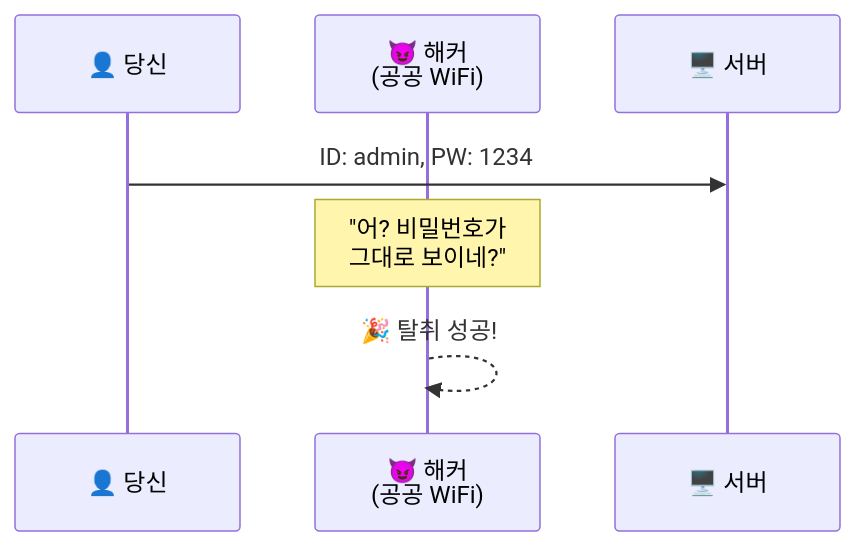
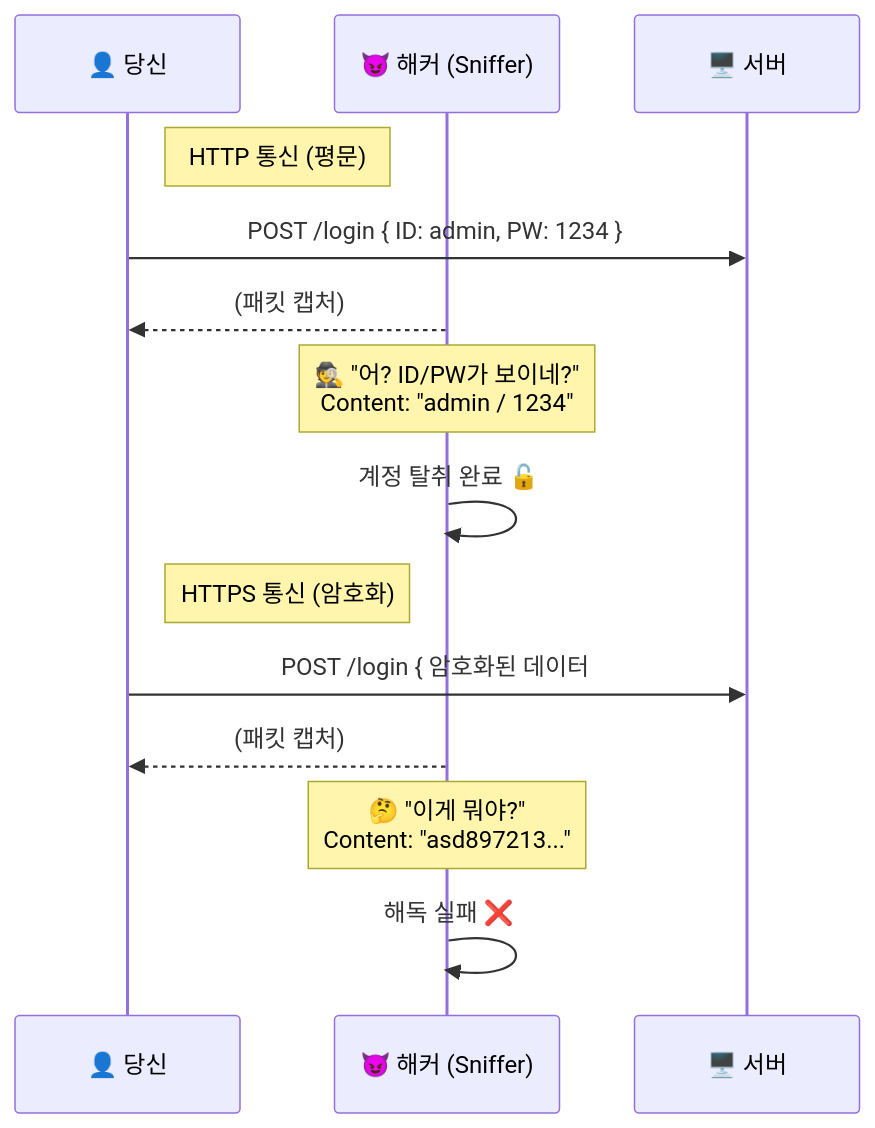
The second of 19 diagrams in 02-network/http-https/README.md (thseo4813/Study-Notes), drawn with Mermaid before and after one commit. The commit also changed other lines of this file and 21 other files, not shown here.

````diff
--- a/02-network/http-https/README.md
+++ b/02-network/http-https/README.md
@@ -44,10 +49,20 @@
 ```mermaid
 sequenceDiagram
     participant You as 👤 당신
-    participant Hacker as 😈 해커<br/>(공공 WiFi)
+    participant Hacker as 😈 해커 (Sniffer)
     participant Server as 🖥️ 서버
     
-    You->>Server: ID: admin, PW: 1234
-    Note over Hacker: "어? 비밀번호가<br/>그대로 보이네?"
-    Hacker-->>Hacker: 🎉 탈취 성공!
+    Note right of You: HTTP 통신 (평문)
+    You->>Server: POST /login { ID: admin, PW: 1234 }
+    
+    Hacker-->>You: (패킷 캡처)
+    Note over Hacker: 🕵️ "어? ID/PW가 보이네?"<br/>Content: "admin / 1234"
+    Hacker->>Hacker: 계정 탈취 완료 🔓
+
+    Note right of You: HTTPS 통신 (암호화)
+    You->>Server: POST /login { 암호화된 데이터 #@!$ }
+    
+    Hacker-->>You: (패킷 캡처)
+    Note over Hacker: 🤔 "이게 뭐야?"<br/>Content: "asd897213..."
+    Hacker->>Hacker: 해독 실패 ❌
 ```
````
